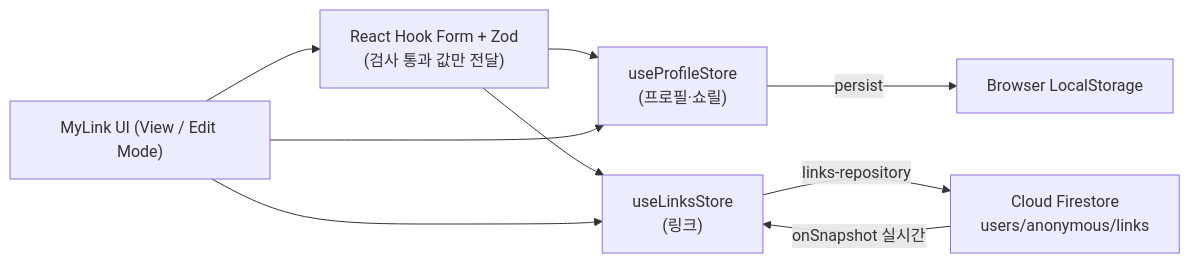
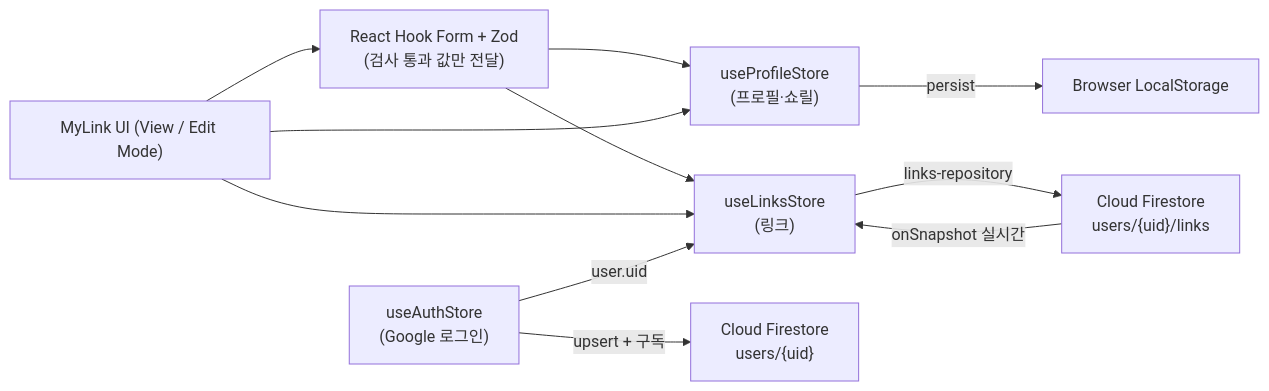
One commit to SuperSlowStarter/my-link changed the first of 2 diagrams in PRD.md. Above: the diagram before and after it, drawn with Mermaid. The commit also changed other lines of this file and 25 other files, not shown here.

First line of the commit message:
feat: Google 로그인·사용자별 링크, 사이트 헤더·프로필 드롭다운, 로딩 오버레이, Sonner 알림

````diff
--- a/PRD.md
+++ b/PRD.md
@@ -54,11 +57,13 @@
 ```mermaid
 flowchart LR
   UI["MyLink UI (View / Edit Mode)"] --> Form["React Hook Form + Zod<br/>(검사 통과 값만 전달)"]
   Form --> Profile["useProfileStore<br/>(프로필·쇼릴)"]
   Form --> Links["useLinksStore<br/>(링크)"]
   UI --> Profile
   UI --> Links
   Profile -->|persist| Local["Browser LocalStorage"]
-  Links -->|links-repository| Cloud["Cloud Firestore<br/>users/anonymous/links"]
+  Auth["useAuthStore<br/>(Google 로그인)"] -->|user.uid| Links
+  Auth -->|upsert + 구독| UserDoc["Cloud Firestore<br/>users/{uid}"]
+  Links -->|links-repository| Cloud["Cloud Firestore<br/>users/{uid}/links"]
   Cloud -->|onSnapshot 실시간| Links
 ```
````
